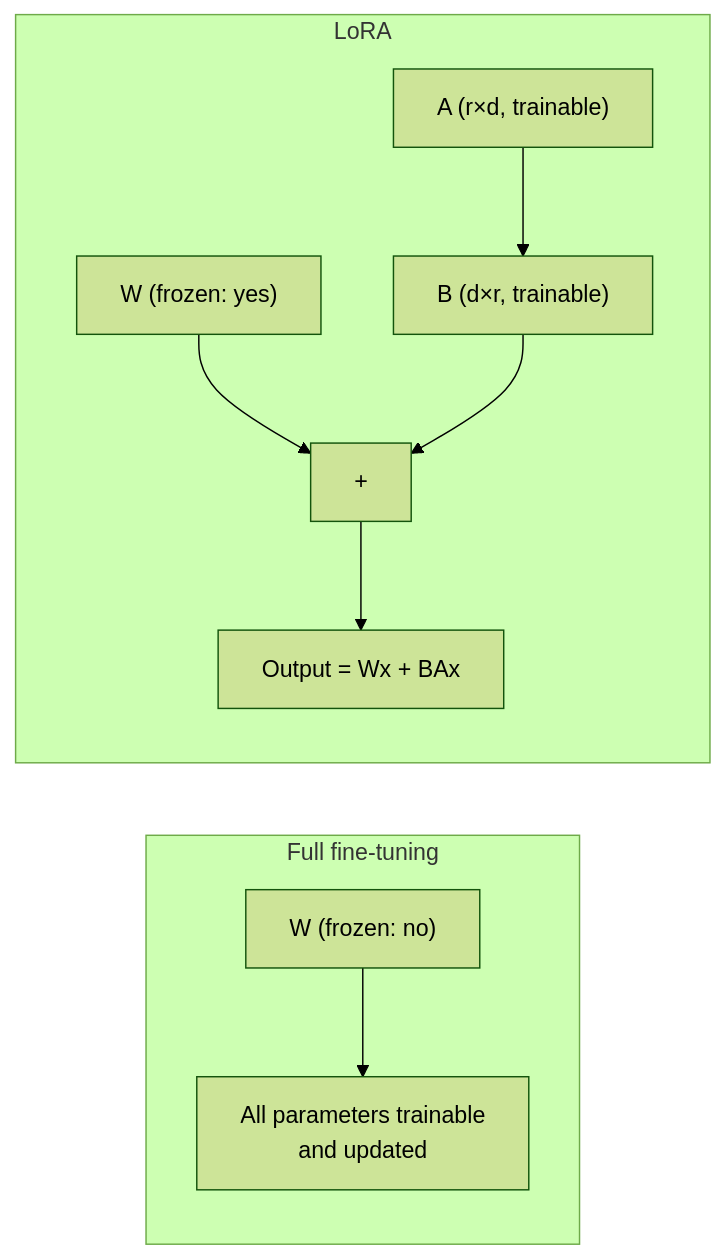
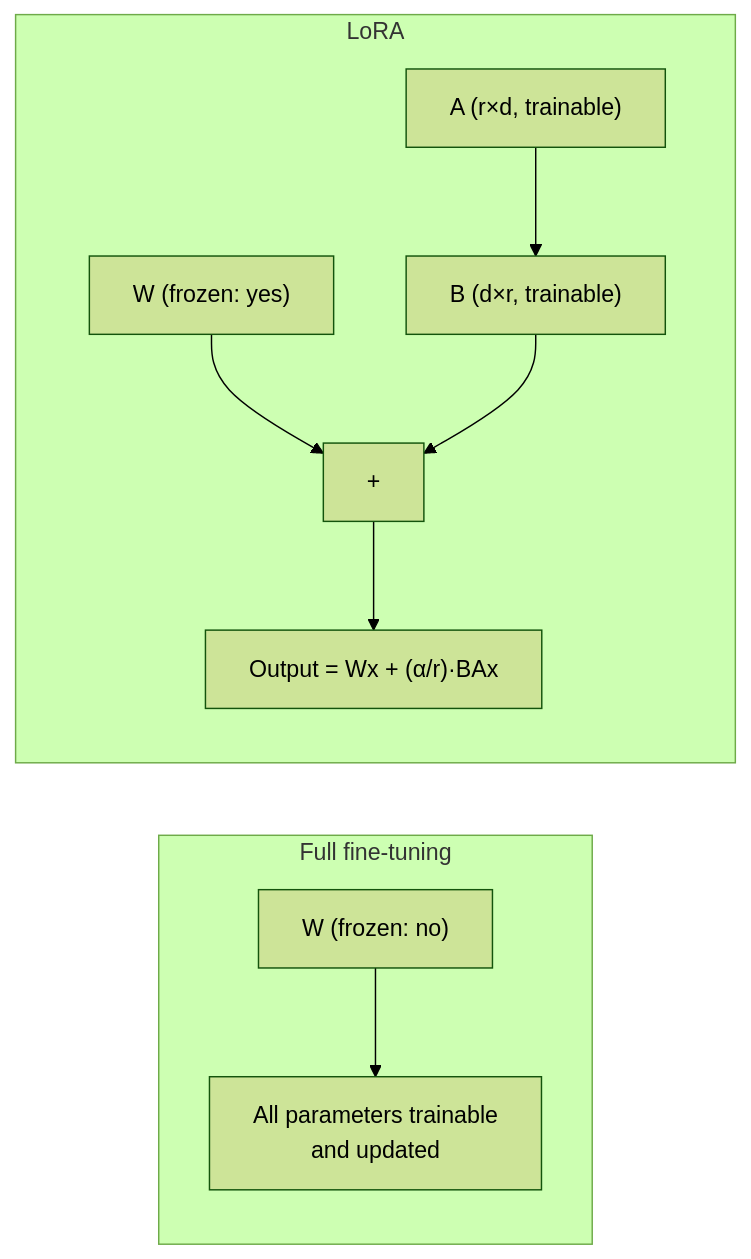
One commit to naman-shrimali/ai-engineering-curriculum changed the diagram in modules/08-fine-tuning/ftn-02-fine-tuning-methods.md. Above: the diagram before and after it, drawn with Mermaid (forest theme). The commit also changed other lines of this file and 46 other files, not shown here.

````diff
--- a/modules/08-fine-tuning/ftn-02-fine-tuning-methods.md
+++ b/modules/08-fine-tuning/ftn-02-fine-tuning-methods.md
@@ -67,12 +73,12 @@
 ```mermaid
 graph LR
   subgraph Full[Full fine-tuning]
     W1["W (frozen: no)"] --> O1[All parameters trainable<br/>and updated]
   end
   subgraph LoRA_diagram[LoRA]
     W2["W (frozen: yes)"] --> Sum[+]
     A["A (r×d, trainable)"] --> B["B (d×r, trainable)"]
     B --> Sum
-    Sum --> O2[Output = Wx + BAx]
+    Sum --> O2["Output = Wx + (α/r)·BAx"]
   end
 ```
````
